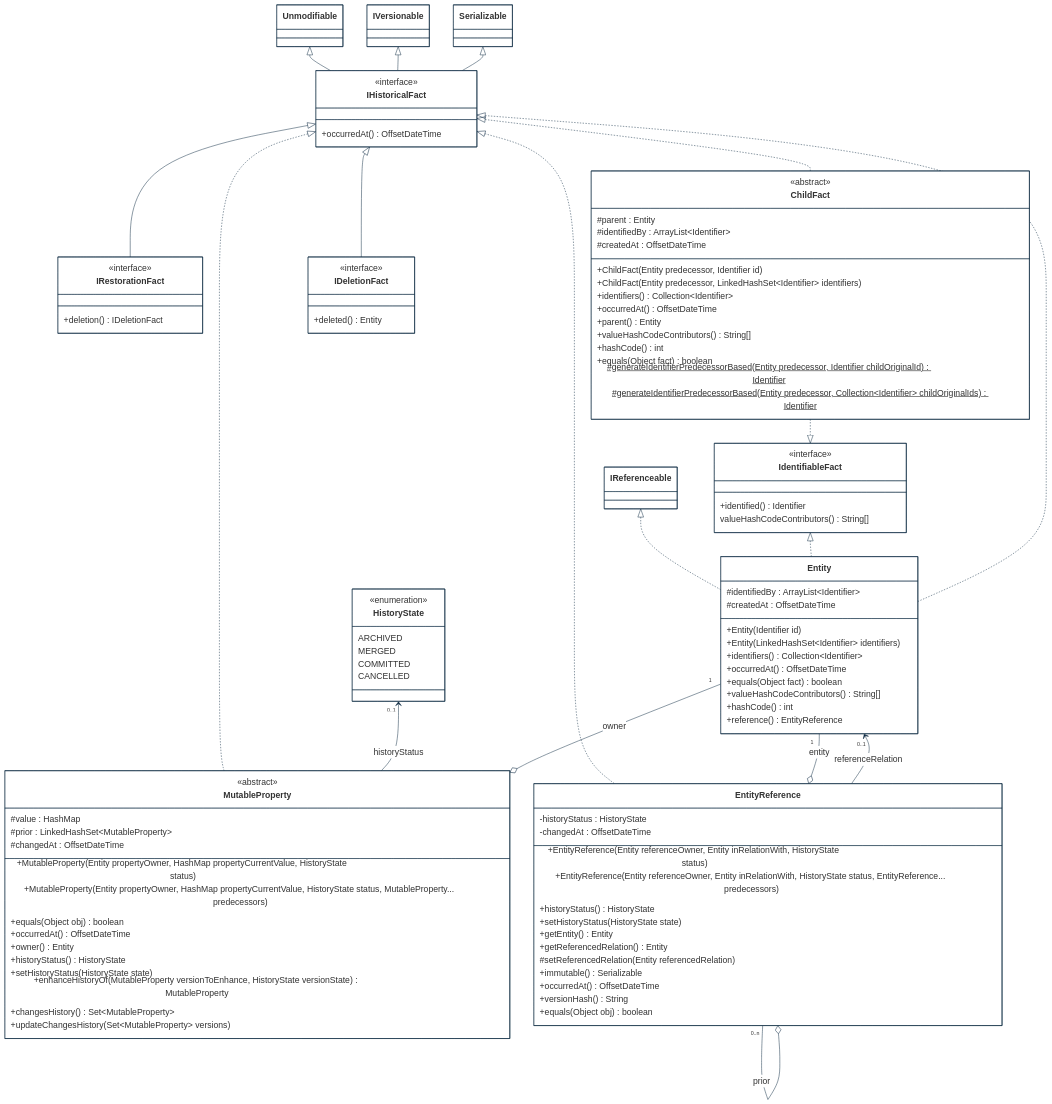
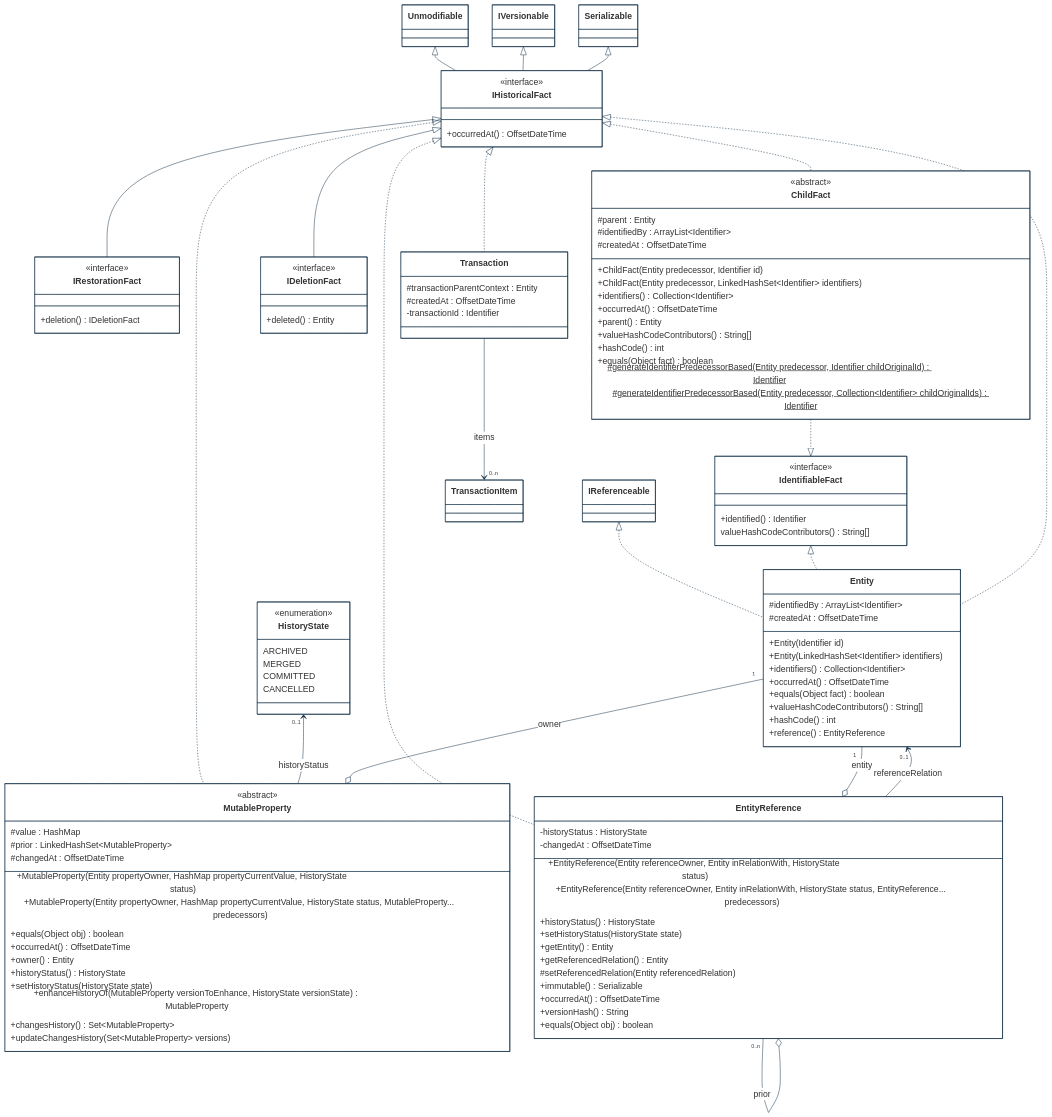
The first of 8 diagrams in implementations-line/framework/immutable/designview-packages.md (cybnity/foundation), drawn with Mermaid before and after one commit. The commit also changed other lines of this file, not shown here.

```diff
--- a/implementations-line/framework/immutable/designview-packages.md
+++ b/implementations-line/framework/immutable/designview-packages.md
@@ -84,9 +85,16 @@
     Entity "1" --o EntityReference : entity
     Entity "0..1" <-- EntityReference : referenceRelation
     IHistoricalFact <|-- IDeletionFact
+    IHistoricalFact <|.. Transaction
     HistoryState "0..1" <-- MutableProperty : historyStatus
     Entity "1" --o MutableProperty : owner
+    Transaction --> "0..n" TransactionItem : items
 
+    class Transaction {
+        #transactionParentContext : Entity
+        #createdAt : OffsetDateTime
+        -transactionId : Identifier
+    }
     class HistoryState {
         <<enumeration>>
         ARCHIVED
```
